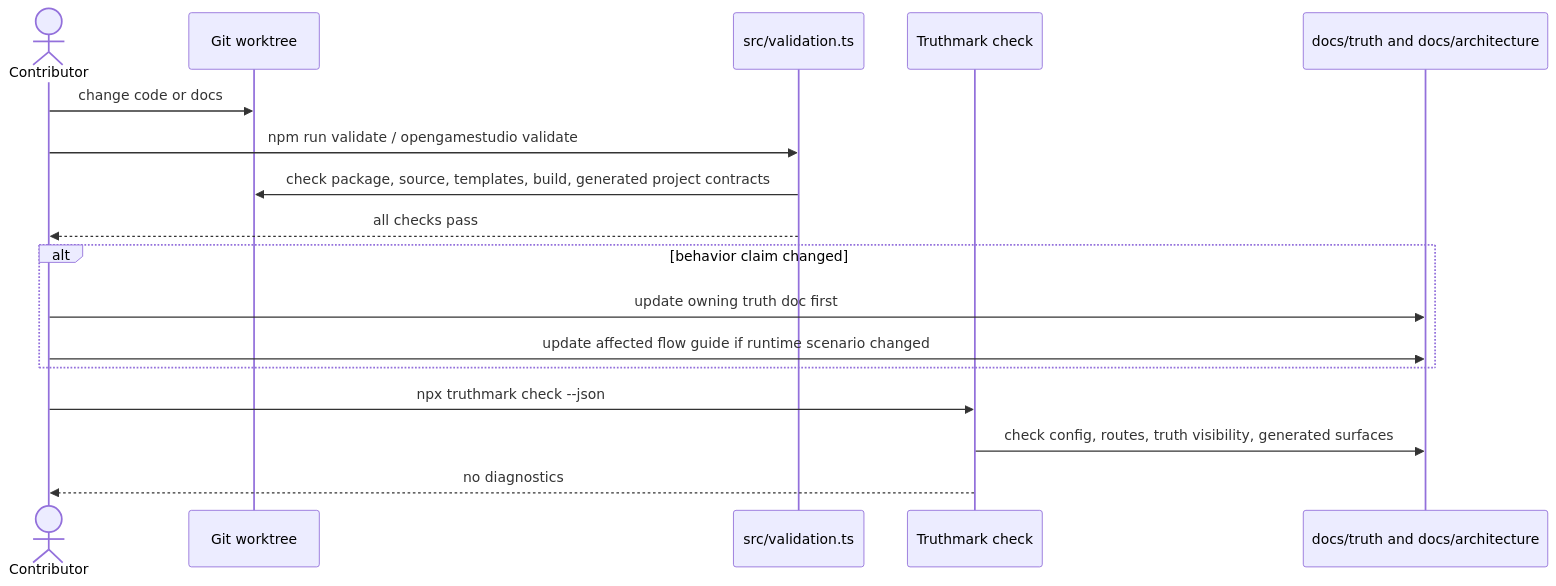
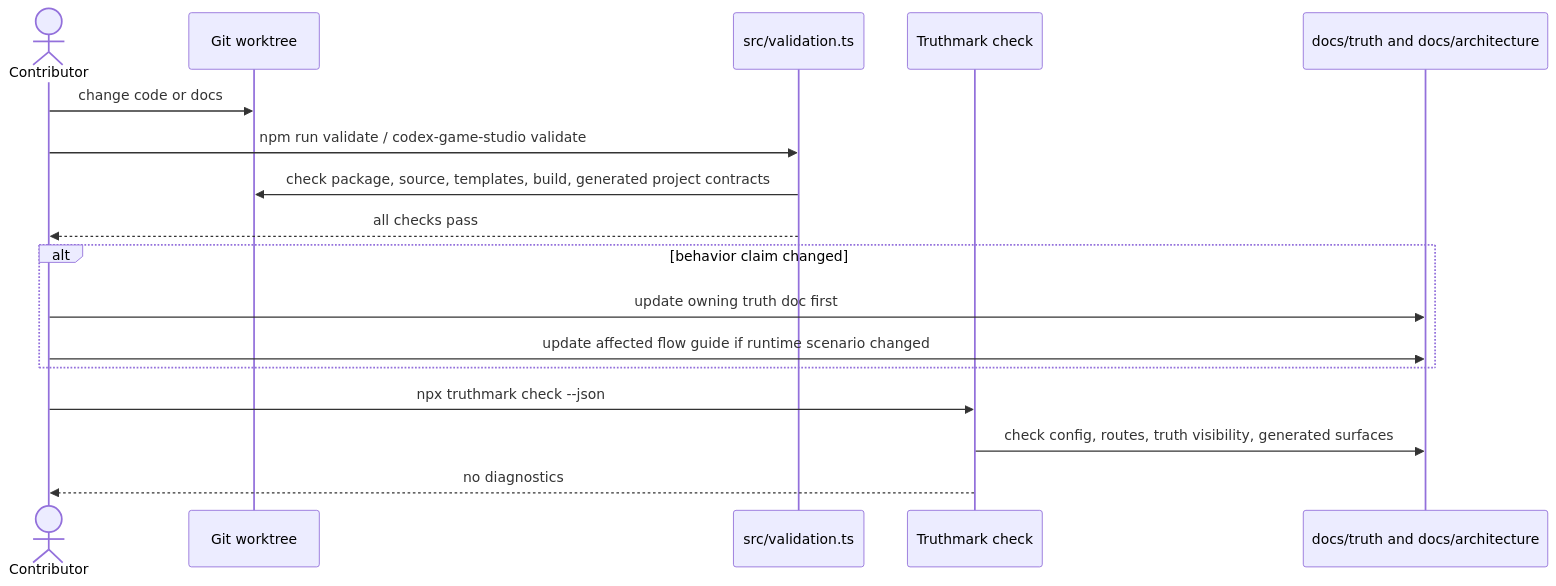
One commit to merlinhu1/codex-game-studio changed the first of 2 diagrams in docs/architecture/flows/validation-and-repository-truth.md. Above: the diagram before and after it, drawn with Mermaid. The commit also changed other lines of this file and 93 other files, not shown here.

Commit message:
refactor: rename project to Codex Game Studio

````diff
--- a/docs/architecture/flows/validation-and-repository-truth.md
+++ b/docs/architecture/flows/validation-and-repository-truth.md
@@ -61,20 +61,20 @@
 ```mermaid
 sequenceDiagram
   actor Contributor
   participant Repo as Git worktree
   participant Validate as src/validation.ts
   participant Truth as Truthmark check
   participant Docs as docs/truth and docs/architecture
 
   Contributor->>Repo: change code or docs
-  Contributor->>Validate: npm run validate / opengamestudio validate
+  Contributor->>Validate: npm run validate / codex-game-studio validate
   Validate->>Repo: check package, source, templates, build, generated project contracts
   Validate-->>Contributor: all checks pass
   alt behavior claim changed
     Contributor->>Docs: update owning truth doc first
     Contributor->>Docs: update affected flow guide if runtime scenario changed
   end
   Contributor->>Truth: npx truthmark check --json
   Truth->>Docs: check config, routes, truth visibility, generated surfaces
   Truth-->>Contributor: no diagnostics
 ```
````
